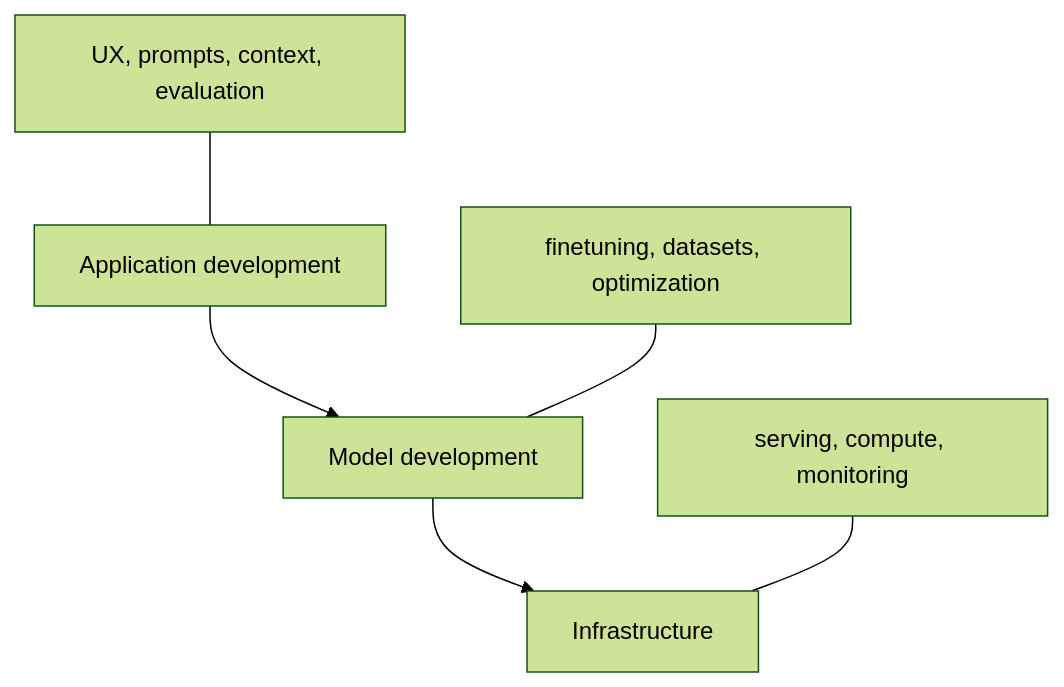
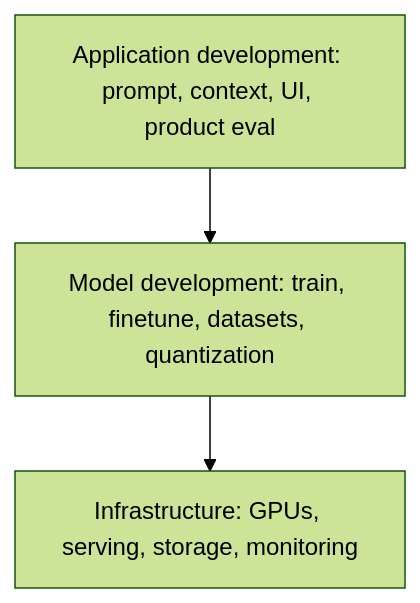
Before and after one commit to amendez13/swe-study-guide: the second of 2 diagrams in content/10_AI_Engineering/01_Introduction_to_Building_AI_Applications_with_Foundation_Models/concepts.md, drawn with Mermaid (forest theme). The commit also changed other lines of this file and 2 other files, not shown here.

````diff
--- a/content/10_AI_Engineering/01_Introduction_to_Building_AI_Applications_with_Foundation_Models/concepts.md
+++ b/content/10_AI_Engineering/01_Introduction_to_Building_AI_Applications_with_Foundation_Models/concepts.md
@@ -183,8 +282,7 @@
 ```mermaid
 flowchart TD
-    A[Application development] --> B[Model development]
-    B --> C[Infrastructure]
-    A1[UX, prompts, context, evaluation] --- A
-    B1[finetuning, datasets, optimization] --- B
-    C1[serving, compute, monitoring] --- C
+    A[Application development: prompt, context, UI, product eval]
+    B[Model development: train, finetune, datasets, quantization]
+    C[Infrastructure: GPUs, serving, storage, monitoring]
+    A --> B --> C
 ```
````
